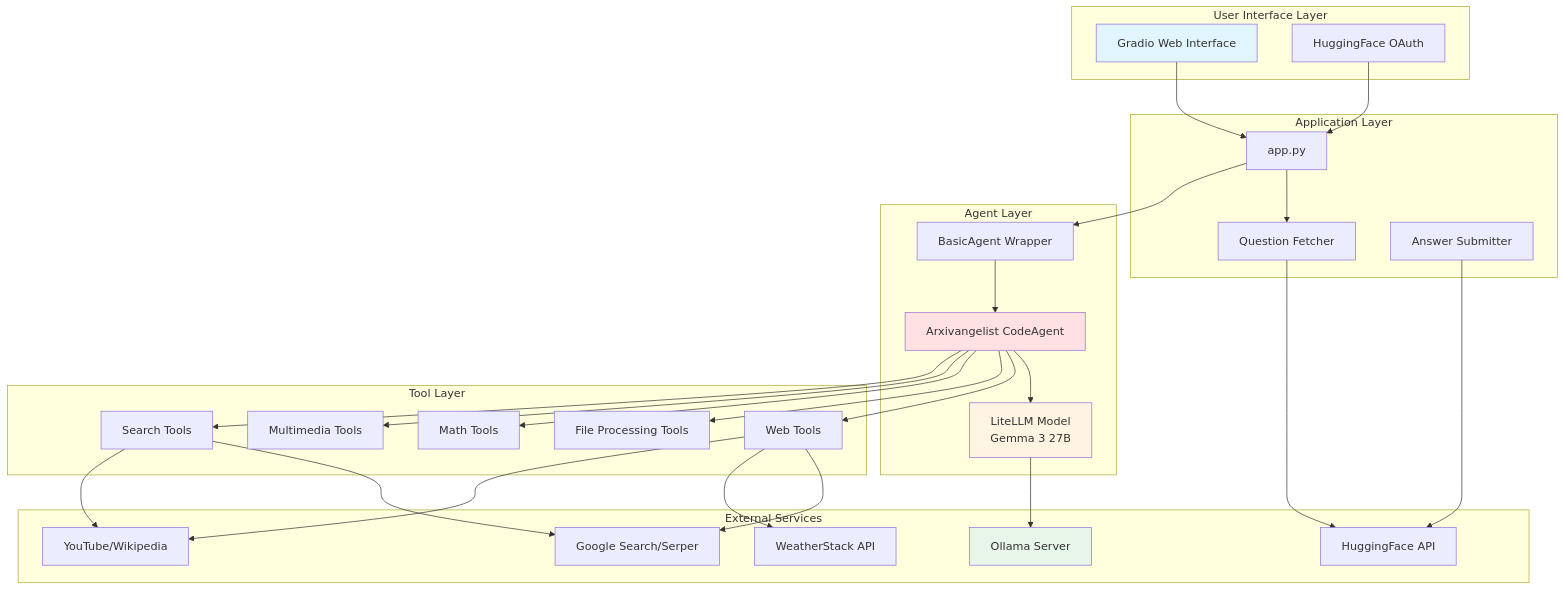
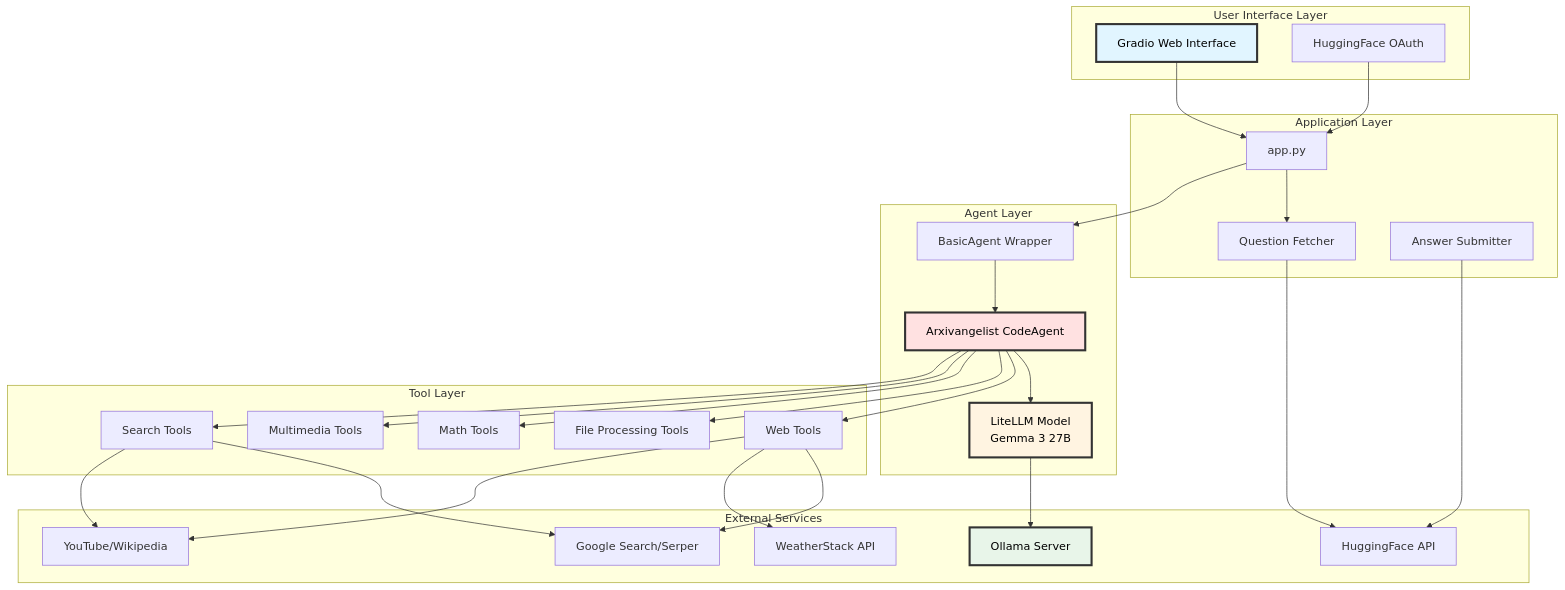
Before and after one commit to baloglu321/arxivangelist-multitask-ai: the diagram in README.md, drawn with Mermaid. The commit also changed other lines of this file, not shown here.

````diff
--- a/README.md
+++ b/README.md
@@ -26,60 +26,60 @@
 ```mermaid
 graph TB
     subgraph "User Interface Layer"
         A[Gradio Web Interface]
         B[HuggingFace OAuth]
     end
     
     subgraph "Application Layer"
         C[app.py]
         D[Question Fetcher]
         E[Answer Submitter]
     end
     
     subgraph "Agent Layer"
         F[BasicAgent Wrapper]
         G[Arxivangelist CodeAgent]
         H[LiteLLM Model<br/>Gemma 3 27B]
     end
     
     subgraph "Tool Layer"
         I[Web Tools]
         J[File Processing Tools]
         K[Math Tools]
         L[Multimedia Tools]
         M[Search Tools]
     end
     
     subgraph "External Services"
         N[Ollama Server]
         O[HuggingFace API]
         P[Google Search/Serper]
         Q[WeatherStack API]
         R[YouTube/Wikipedia]
     end
     
     A --> C
     B --> C
     C --> D
     C --> F
     F --> G
     G --> H
     H --> N
     G --> I
     G --> J
     G --> K
     G --> L
     G --> M
     D --> O
     E --> O
     I --> P
     I --> Q
     I --> R
     M --> P
     M --> R
     
-    style A fill:#e1f5ff
-    style G fill:#ffe1e1
-    style H fill:#fff4e1
-    style N fill:#e8f5e9
+    style A fill:#e1f5ff,stroke:#333,stroke-width:3px,color:#000
+    style G fill:#ffe1e1,stroke:#333,stroke-width:3px,color:#000
+    style H fill:#fff4e1,stroke:#333,stroke-width:3px,color:#000
+    style N fill:#e8f5e9,stroke:#333,stroke-width:3px,color:#000
 ```
````
